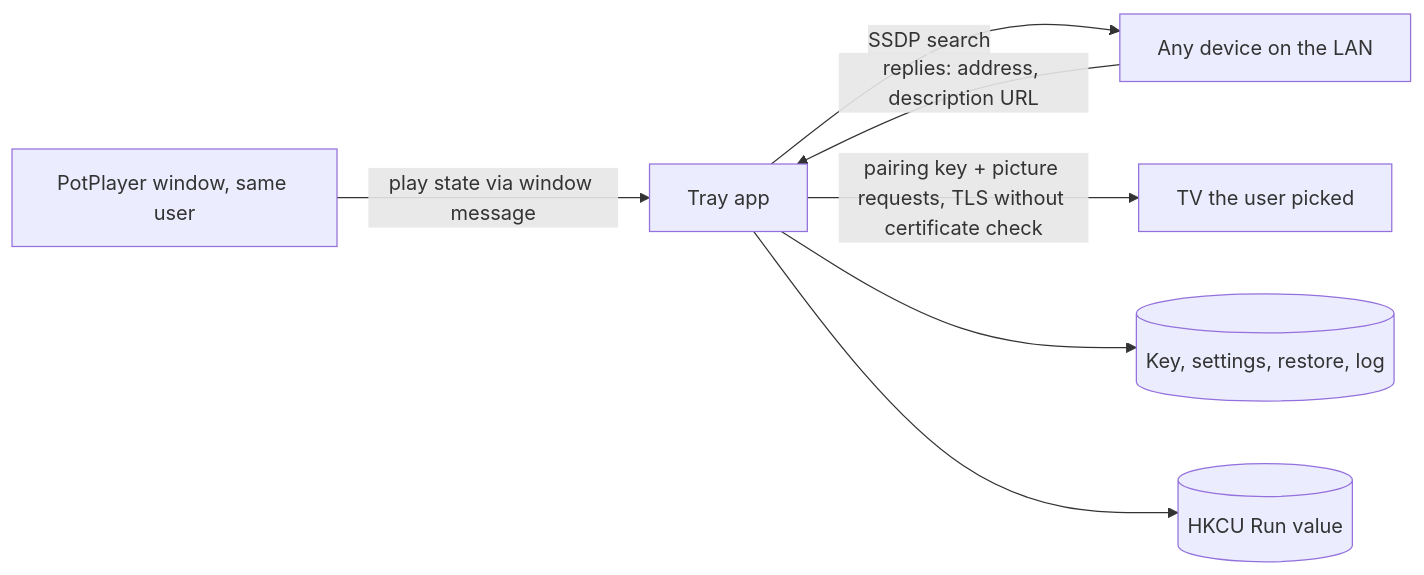
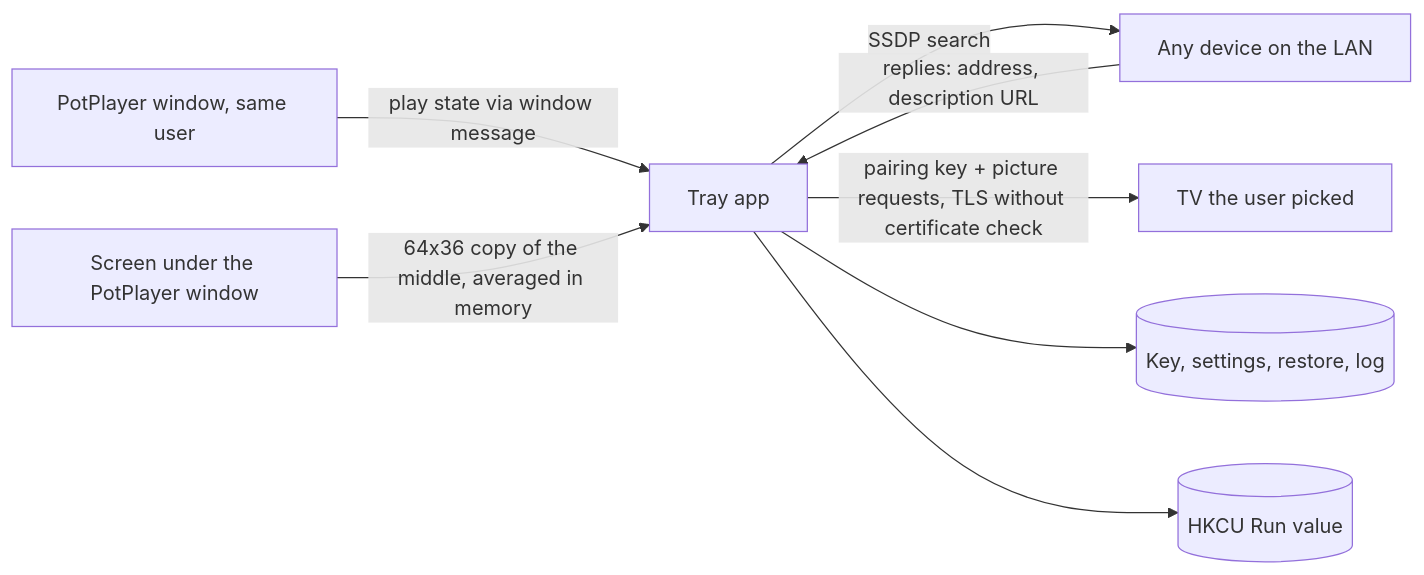
The diagram in docs/security/threat-model.md (roko-tech/potplayer-tv-brightness), drawn with Mermaid before and after one commit. The commit also changed other lines of this file and 16 other files, not shown here.

````diff
--- a/docs/security/threat-model.md
+++ b/docs/security/threat-model.md
@@ -37,9 +39,10 @@
 ```mermaid
 flowchart LR
     PotPlayer[PotPlayer window, same user] -->|play state via window message| App[Tray app]
+    Screen[Screen under the PotPlayer window] -->|64x36 copy of the middle, averaged in memory| App
     App -->|SSDP search| LAN[Any device on the LAN]
     LAN -->|replies: address, description URL| App
     App -->|pairing key + picture requests, TLS without certificate check| TV[TV the user picked]
     App --> Files[(Key, settings, restore, log)]
     App --> Run[(HKCU Run value)]
 ```
````
